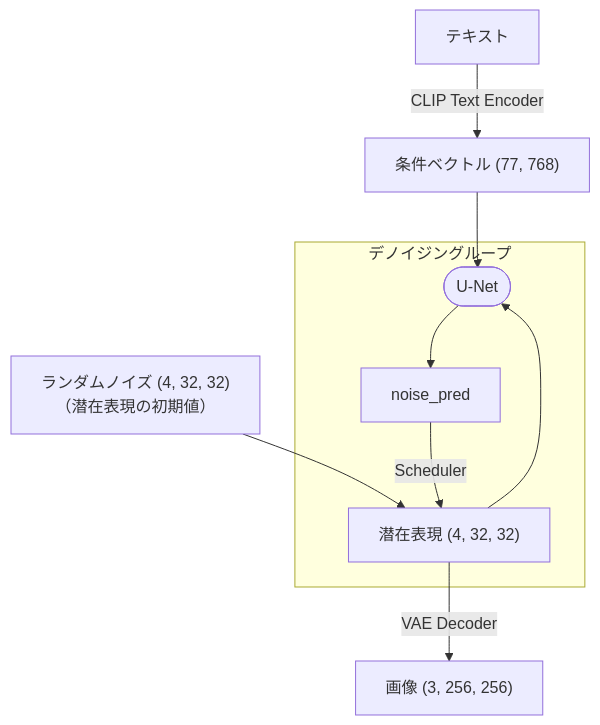
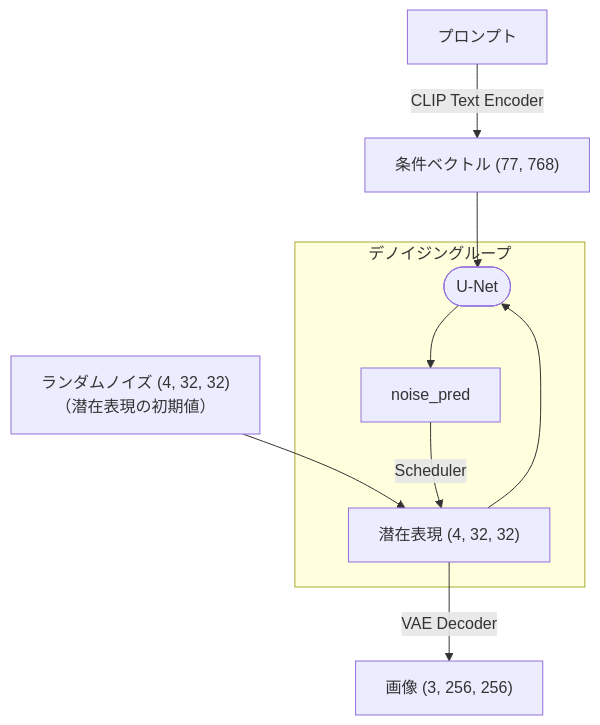
The diagram in docs/02_overview.md (7shi/my-sd15), drawn with Mermaid before and after one commit. The commit also changed other lines of this file, not shown here.

Commit message:
docs: CLIP Text Encoder が Decoder 構造である点の言及と表現の整理

````diff
--- a/docs/02_overview.md
+++ b/docs/02_overview.md
@@ -31,12 +31,12 @@
 ```mermaid
 flowchart TD
-    text[テキスト] -->|CLIP Text Encoder| cond["条件ベクトル (77, 768)"]
+    prompt[プロンプト] -->|CLIP Text Encoder| cond["条件ベクトル (77, 768)"]
     noise["ランダムノイズ (4, 32, 32)<br>（潜在表現の初期値）"] --> latents
     cond --> unet
     subgraph loop ["デノイジングループ"]
         latents["潜在表現 (4, 32, 32)"] --> unet([U-Net])
         unet --> noise_pred[noise_pred]
         noise_pred -->|Scheduler| latents
     end
     latents -->|VAE Decoder| image["画像 (3, 256, 256)"]
 ```
````
